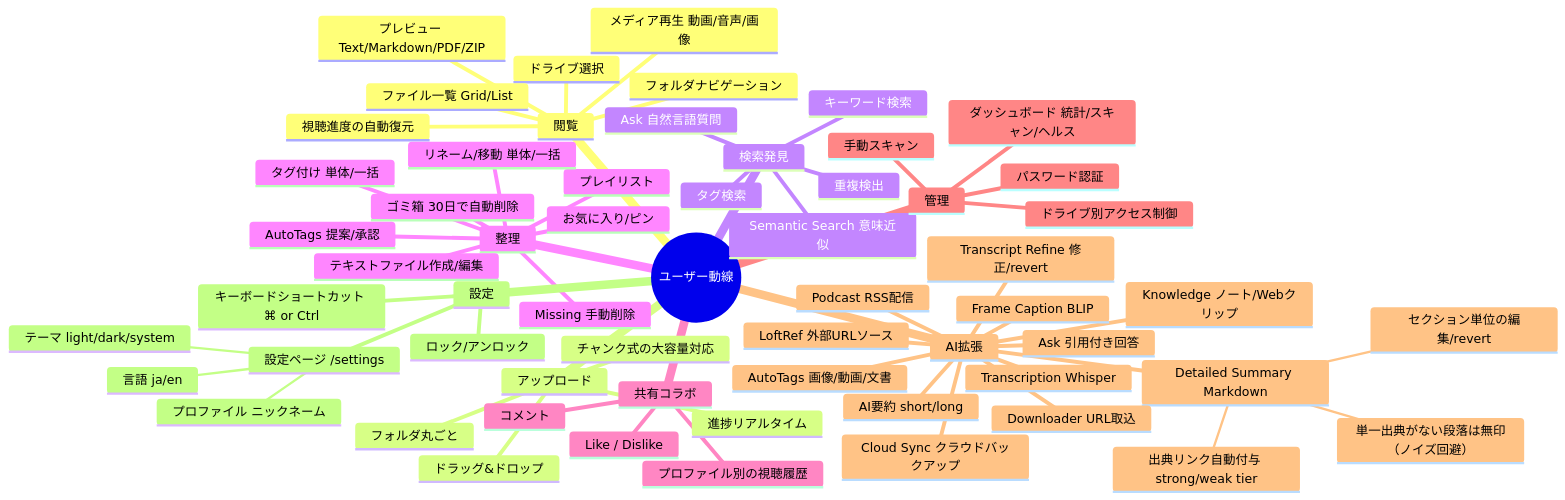
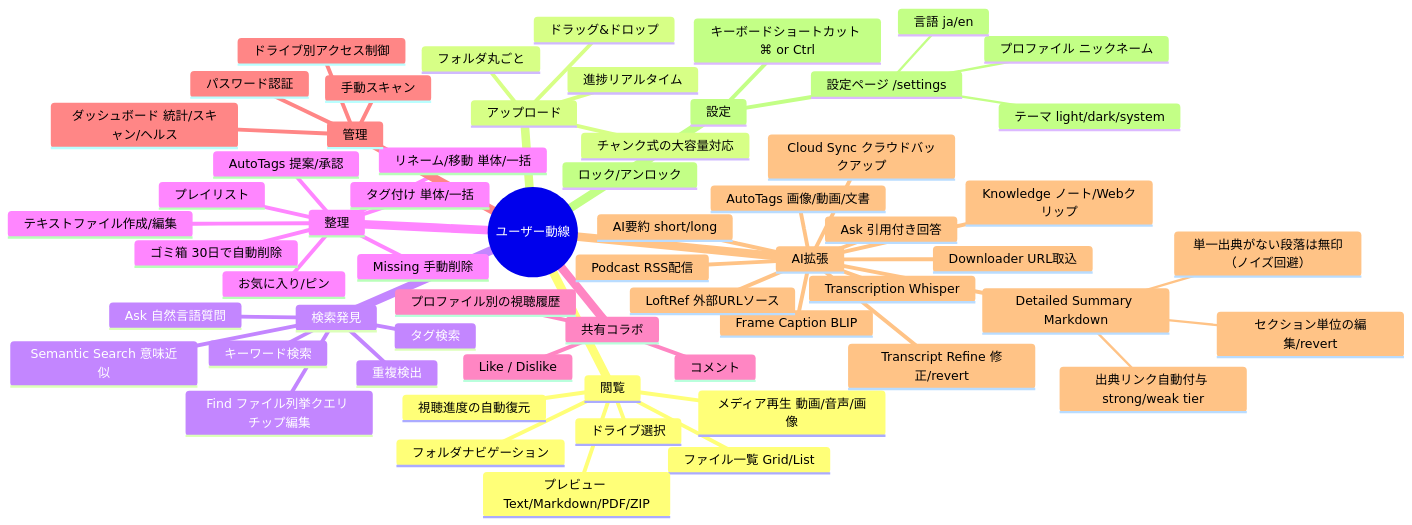
Before and after one commit to mamepenguin/Litloft: the second of 6 diagrams in docs/FEATURE-MAP.md, drawn with Mermaid. The commit also changed other lines of this file and 4 other files, not shown here.

````diff
--- a/docs/FEATURE-MAP.md
+++ b/docs/FEATURE-MAP.md
@@ -46,63 +46,64 @@
 ```mermaid
 mindmap
   root((ユーザー動線))
     閲覧
       ドライブ選択
       フォルダナビゲーション
       ファイル一覧 Grid/List
       メディア再生 動画/音声/画像
       プレビュー Text/Markdown/PDF/ZIP
       視聴進度の自動復元
     アップロード
       ドラッグ&ドロップ
       チャンク式の大容量対応
       フォルダ丸ごと
       進捗リアルタイム
     検索発見
       キーワード検索
       タグ検索
       重複検出
       Semantic Search 意味近似
       Ask 自然言語質問
+      Find ファイル列挙クエリ チップ編集
     整理
       タグ付け 単体/一括
       プレイリスト
       お気に入り/ピン
       リネーム/移動 単体/一括
       テキストファイル作成/編集
       ゴミ箱 30日で自動削除
       Missing 手動削除
       AutoTags 提案/承認
     共有コラボ
       コメント
       Like / Dislike
       プロファイル別の視聴履歴
     管理
       パスワード認証
       ドライブ別アクセス制御
       ダッシュボード 統計/スキャン/ヘルス
       手動スキャン
     AI拡張
       AI要約 short/long
       Detailed Summary Markdown
         出典リンク自動付与 strong/weak tier
         単一出典がない段落は無印（ノイズ回避）
         セクション単位の編集/revert
       AutoTags 画像/動画/文書
       Ask 引用付き回答
       Transcript Refine 修正/revert
       Transcription Whisper
       Frame Caption BLIP
       Knowledge ノート/Webクリップ
       Downloader URL取込
       LoftRef 外部URLソース
       Cloud Sync クラウドバックアップ
       Podcast RSS配信
     設定
       設定ページ /settings
         プロファイル ニックネーム
         テーマ light/dark/system
         言語 ja/en
       ロック/アンロック
       キーボードショートカット ⌘ or Ctrl
 ```
````
